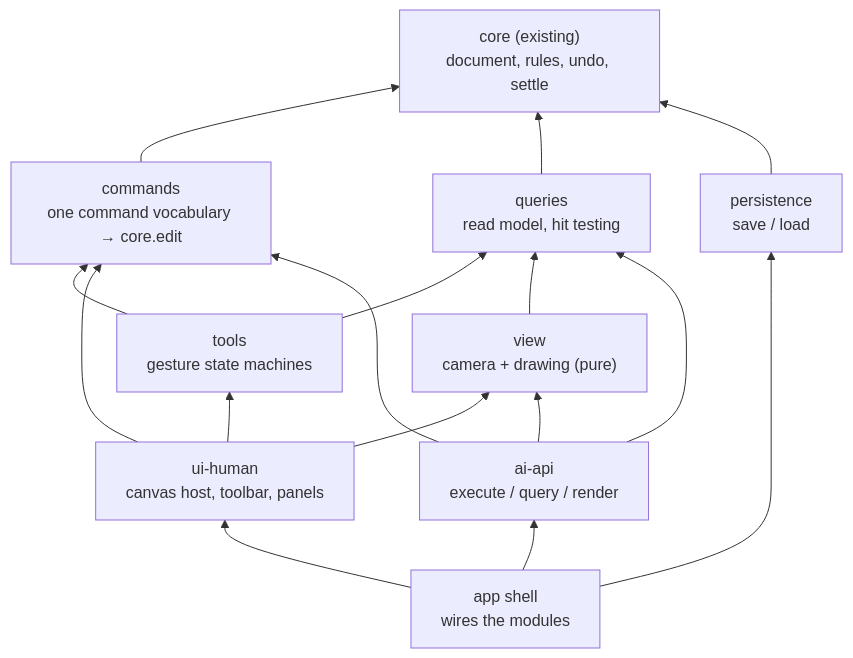
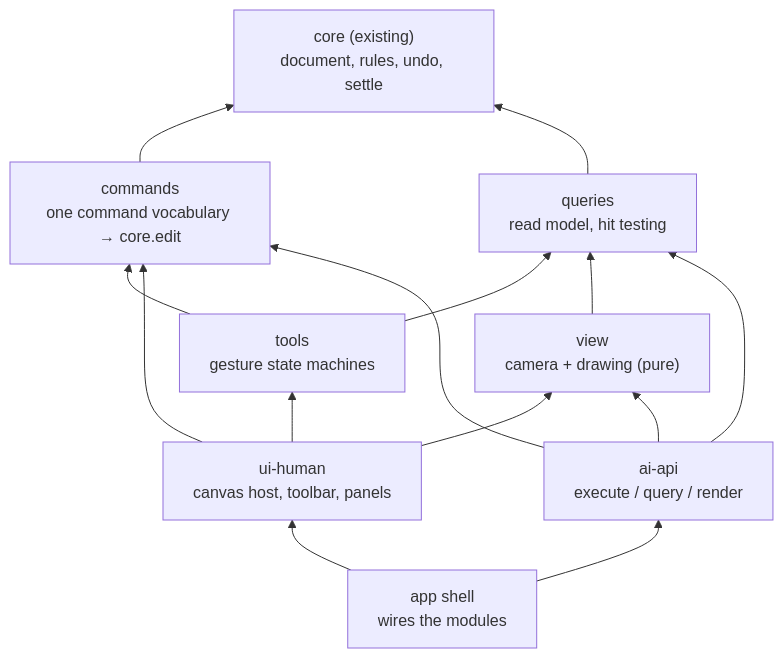
One commit to zbwxp/2D_headset changed the first of 2 diagrams in docs/design/architecture/21-drawing-room.md. Above: the diagram before and after it, drawn with Mermaid. The commit also changed other lines of this file, not shown here.

Commit message:
docs(architecture): 21 — scope limited to features with v3 principles: no save/load, names/tags, diff, explain (bowen 1791476920)

````diff
--- a/docs/design/architecture/21-drawing-room.md
+++ b/docs/design/architecture/21-drawing-room.md
@@ -53,27 +51,24 @@
 ```mermaid
 flowchart BT
   core["core (existing)\ndocument, rules, undo, settle"]
   commands["commands\none command vocabulary → core.edit"]
   queries["queries\nread model, hit testing"]
   tools["tools\ngesture state machines"]
   view["view\ncamera + drawing (pure)"]
-  persistence["persistence\nsave / load"]
   uiHuman["ui-human\ncanvas host, toolbar, panels"]
   aiApi["ai-api\nexecute / query / render"]
   app["app shell\nwires the modules"]
   commands --> core
   queries --> core
-  persistence --> core
   tools --> commands
   tools --> queries
   view --> queries
   uiHuman --> tools
   uiHuman --> view
   uiHuman --> commands
   aiApi --> commands
   aiApi --> queries
   aiApi --> view
   app --> uiHuman
   app --> aiApi
-  app --> persistence
 ```
````
